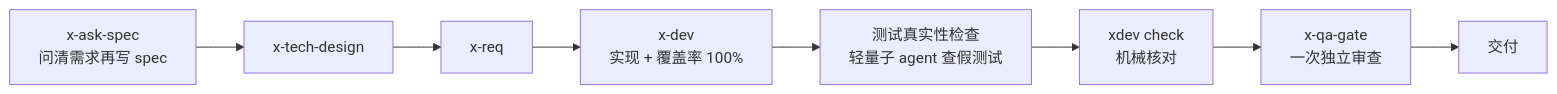
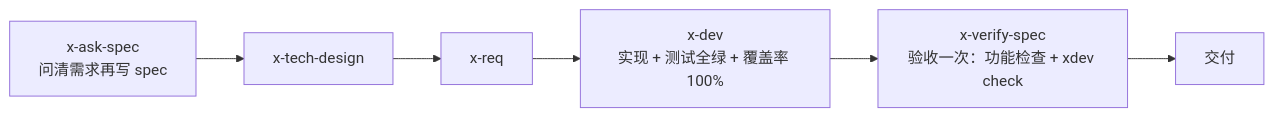
Before and after one commit to KtKID/x-dev-pipeline: the diagram in README_zh.md, drawn with Mermaid. The commit also changed other lines of this file and 142 other files, not shown here.

First line of the commit message:
开发后只验收一次：x-qa-gate 并进 x-verify-spec

````diff
--- a/README_zh.md
+++ b/README_zh.md
@@ -24,10 +24,8 @@
 ```mermaid
 flowchart LR
     A["x-ask-spec<br/>问清需求再写 spec"] --> B["x-tech-design"]
     B --> C["x-req"]
-    C --> D["x-dev<br/>实现 + 覆盖率 100%"]
-    D --> I["测试真实性检查<br/>轻量子 agent 查假测试"]
-    I --> E["xdev check<br/>机械核对"]
-    E --> F["x-qa-gate<br/>一次独立审查"]
-    F --> G["交付"]
+    C --> D["x-dev<br/>实现 + 测试全绿 + 覆盖率 100%"]
+    D --> E["x-verify-spec<br/>验收一次：功能检查 + xdev check"]
+    E --> G["交付"]
 ```
````
